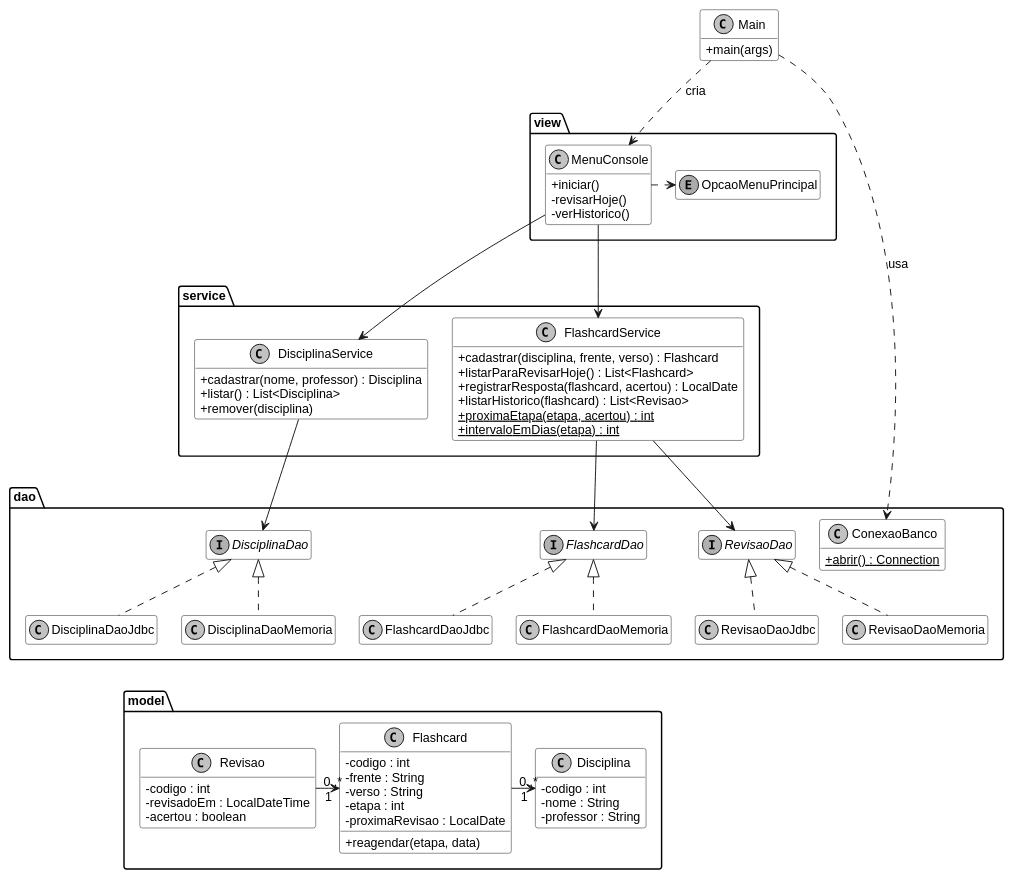
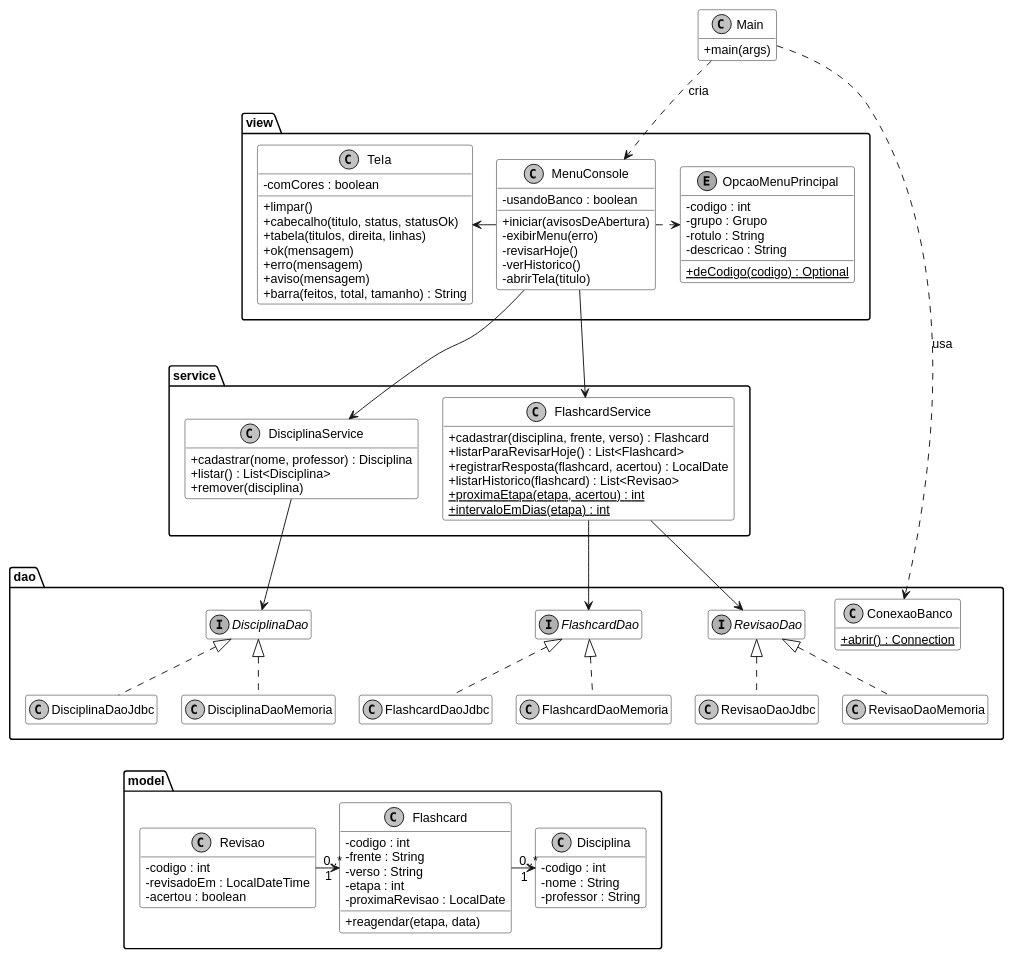
One commit to AndraxZin/Cadencia changed the diagram in docs/diagramas/classes.puml. Above: the diagram before and after it, drawn with PlantUML. The commit also changed 19 other files, not shown here.

```diff
--- a/docs/diagramas/classes.puml
+++ b/docs/diagramas/classes.puml
@@ -1,98 +1,118 @@
 @startuml
 skinparam monochrome true
 skinparam shadowing false
 skinparam backgroundColor white
 skinparam classBackgroundColor white
 skinparam packageBackgroundColor white
 skinparam defaultFontName "Liberation Sans"
 skinparam defaultFontSize 13
 skinparam classAttributeIconSize 0
 skinparam nodesep 25
 skinparam ranksep 45
 hide empty members
 
 class Main {
   +main(args)
 }
 
 package "view" {
   class MenuConsole {
-    +iniciar()
+    -usandoBanco : boolean
+    +iniciar(avisosDeAbertura)
+    -exibirMenu(erro)
     -revisarHoje()
     -verHistorico()
+    -abrirTela(titulo)
   }
-  enum OpcaoMenuPrincipal
+  enum OpcaoMenuPrincipal {
+    -codigo : int
+    -grupo : Grupo
+    -rotulo : String
+    -descricao : String
+    {static} +deCodigo(codigo) : Optional
+  }
+  class Tela {
+    -comCores : boolean
+    +limpar()
+    +cabecalho(titulo, status, statusOk)
+    +tabela(titulos, direita, linhas)
+    +ok(mensagem)
+    +erro(mensagem)
+    +aviso(mensagem)
+    +barra(feitos, total, tamanho) : String
+  }
 }
 
 package "service" {
   class DisciplinaService {
     +cadastrar(nome, professor) : Disciplina
     +listar() : List<Disciplina>
     +remover(disciplina)
   }
   class FlashcardService {
     +cadastrar(disciplina, frente, verso) : Flashcard
     +listarParaRevisarHoje() : List<Flashcard>
     +registrarResposta(flashcard, acertou) : LocalDate
     +listarHistorico(flashcard) : List<Revisao>
     {static} +proximaEtapa(etapa, acertou) : int
     {static} +intervaloEmDias(etapa) : int
   }
 }
 
 package "dao" {
   interface DisciplinaDao
   interface FlashcardDao
   interface RevisaoDao
   class DisciplinaDaoJdbc
   class DisciplinaDaoMemoria
   class FlashcardDaoJdbc
   class FlashcardDaoMemoria
   class RevisaoDaoJdbc
   class RevisaoDaoMemoria
   class ConexaoBanco {
     {static} +abrir() : Connection
   }
 }
 
 package "model" {
   class Disciplina {
     -codigo : int
     -nome : String
     -professor : String
   }
   class Flashcard {
     -codigo : int
     -frente : String
     -verso : String
     -etapa : int
     -proximaRevisao : LocalDate
     +reagendar(etapa, data)
   }
   class Revisao {
     -codigo : int
     -revisadoEm : LocalDateTime
     -acertou : boolean
   }
 }
 
 Main ..> MenuConsole : cria
 Main ..> ConexaoBanco : usa
 MenuConsole -right..> OpcaoMenuPrincipal
+MenuConsole -left-> Tela
 MenuConsole --> DisciplinaService
 MenuConsole --> FlashcardService
 DisciplinaService --> DisciplinaDao
 FlashcardService --> FlashcardDao
 FlashcardService --> RevisaoDao
 
 DisciplinaDao <|.. DisciplinaDaoJdbc
 DisciplinaDao <|.. DisciplinaDaoMemoria
 FlashcardDao <|.. FlashcardDaoJdbc
 FlashcardDao <|.. FlashcardDaoMemoria
 RevisaoDao <|.. RevisaoDaoJdbc
 RevisaoDao <|.. RevisaoDaoMemoria
 
 FlashcardDaoJdbc -[hidden]down- Flashcard
 Revisao "0..*" -right---> "1" Flashcard
 Flashcard "0..*" -right---> "1" Disciplina
 @enduml
```
